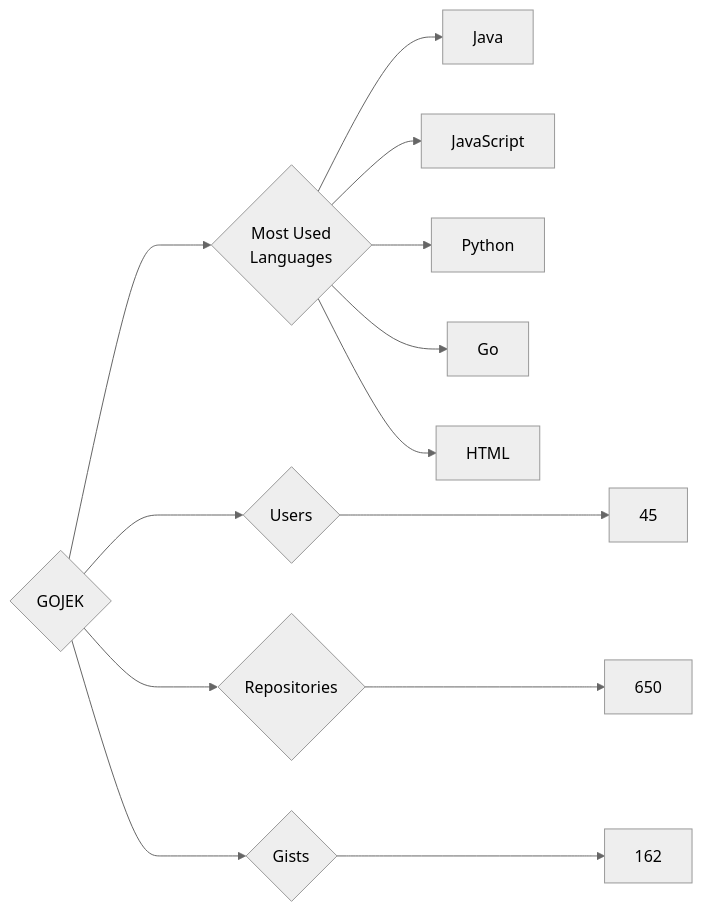
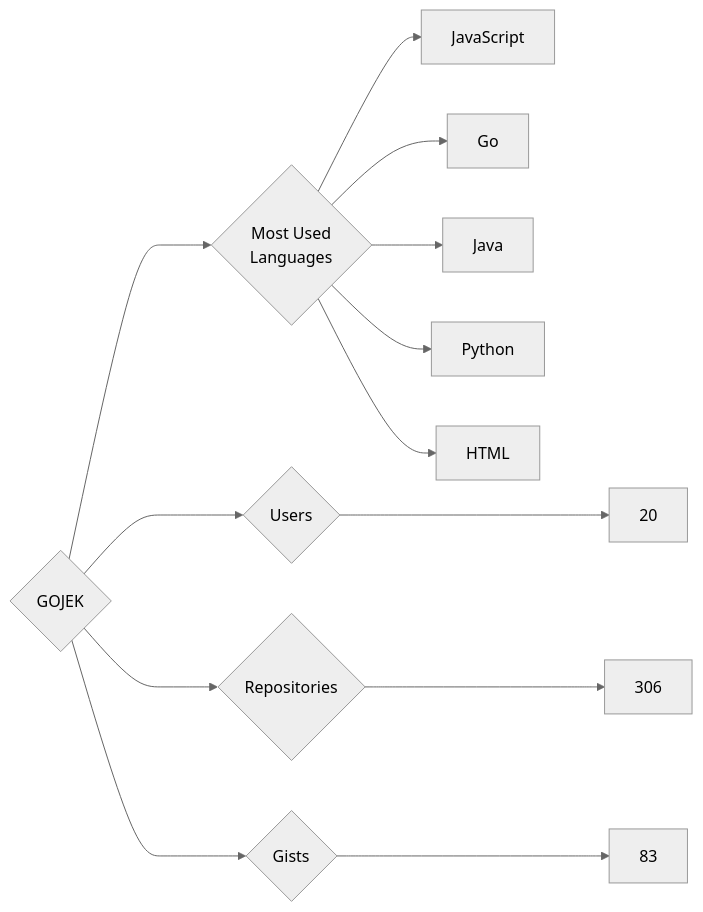
One commit to trickest/insiders changed the diagram in targets/GOJEK/README.md. Above: the diagram before and after it, drawn with Mermaid (neutral theme). The commit also changed 900 other files, not shown here.

````diff
--- a/targets/GOJEK/README.md
+++ b/targets/GOJEK/README.md
@@ -3,13 +3,13 @@
 ```mermaid
 graph LR
 COMPANY_NAME{GOJEK}
-COMPANY_NAME ---> U{Users} ---> UN[45]
-COMPANY_NAME ---> R{Repositories} ---> RN[650]
-COMPANY_NAME ---> G{Gists} ---> GN[162]
+COMPANY_NAME ---> U{Users} ---> UN[20]
+COMPANY_NAME ---> R{Repositories} ---> RN[306]
+COMPANY_NAME ---> G{Gists} ---> GN[83]
 COMPANY_NAME ---> ML{Most Used<br>Languages}
+ML --> JavaScript[JavaScript]
+ML --> Go[Go]
 ML --> Java[Java]
-ML --> JavaScript[JavaScript]
 ML --> Python[Python]
-ML --> Go[Go]
 ML --> HTML[HTML]
 ```
````
